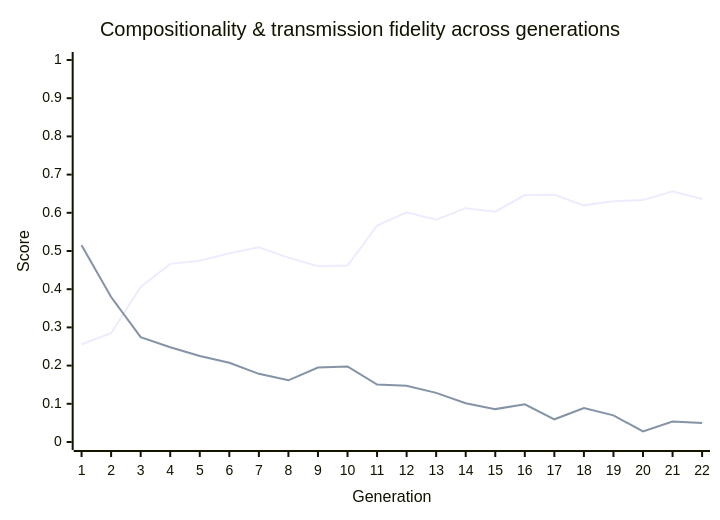
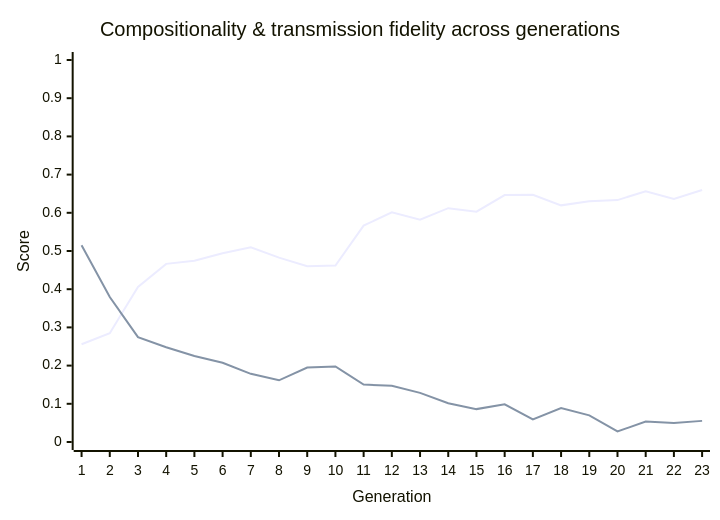
Before and after one commit to nichobbs/traditio: the diagram in metrics/latest-report.md, drawn with Mermaid. The commit also changed other lines of this file and 1 other file, not shown here.

````diff
--- a/metrics/latest-report.md
+++ b/metrics/latest-report.md
@@ -40,8 +40,8 @@
 ```mermaid
 xychart-beta
     title "Compositionality & transmission fidelity across generations"
-    x-axis "Generation" [1, 2, 3, 4, 5, 6, 7, 8, 9, 10, 11, 12, 13, 14, 15, 16, 17, 18, 19, 20, 21, 22]
+    x-axis "Generation" [1, 2, 3, 4, 5, 6, 7, 8, 9, 10, 11, 12, 13, 14, 15, 16, 17, 18, 19, 20, 21, 22, 23]
     y-axis "Score" 0 --> 1
-    line "Compositionality" [0.2559, 0.2849, 0.4060, 0.4663, 0.4745, 0.4941, 0.5099, 0.4826, 0.4603, 0.4619, 0.5665, 0.6011, 0.5822, 0.6121, 0.6029, 0.6464, 0.6473, 0.6195, 0.6304, 0.6332, 0.6566, 0.6361]
-    line "Transmission Fidelity" [0.5148, 0.3796, 0.2746, 0.2481, 0.2251, 0.2074, 0.1785, 0.1615, 0.1949, 0.1977, 0.1504, 0.1472, 0.1286, 0.1016, 0.0861, 0.0987, 0.0594, 0.0888, 0.0697, 0.0276, 0.0536, 0.0500]
+    line "Compositionality" [0.2559, 0.2849, 0.4060, 0.4663, 0.4745, 0.4941, 0.5099, 0.4826, 0.4603, 0.4619, 0.5665, 0.6011, 0.5822, 0.6121, 0.6029, 0.6464, 0.6473, 0.6195, 0.6304, 0.6332, 0.6566, 0.6361, 0.6598]
+    line "Transmission Fidelity" [0.5148, 0.3796, 0.2746, 0.2481, 0.2251, 0.2074, 0.1785, 0.1615, 0.1949, 0.1977, 0.1504, 0.1472, 0.1286, 0.1016, 0.0861, 0.0987, 0.0594, 0.0888, 0.0697, 0.0276, 0.0536, 0.0500, 0.0553]
 ```
````
